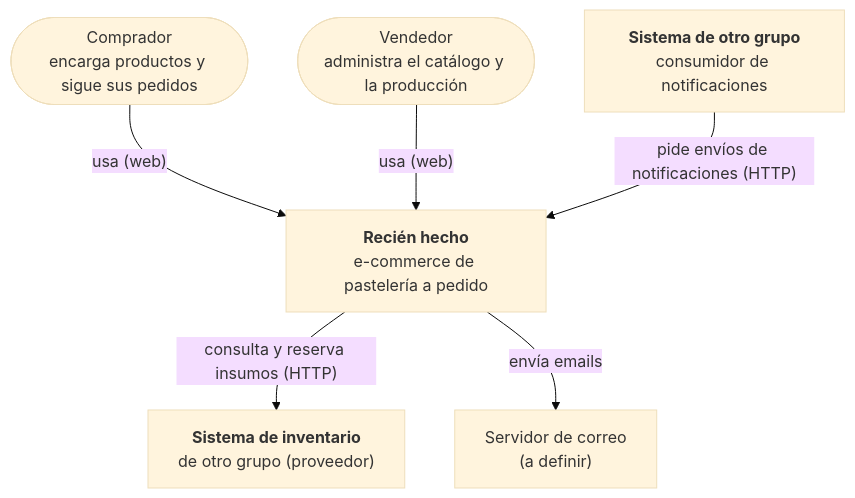
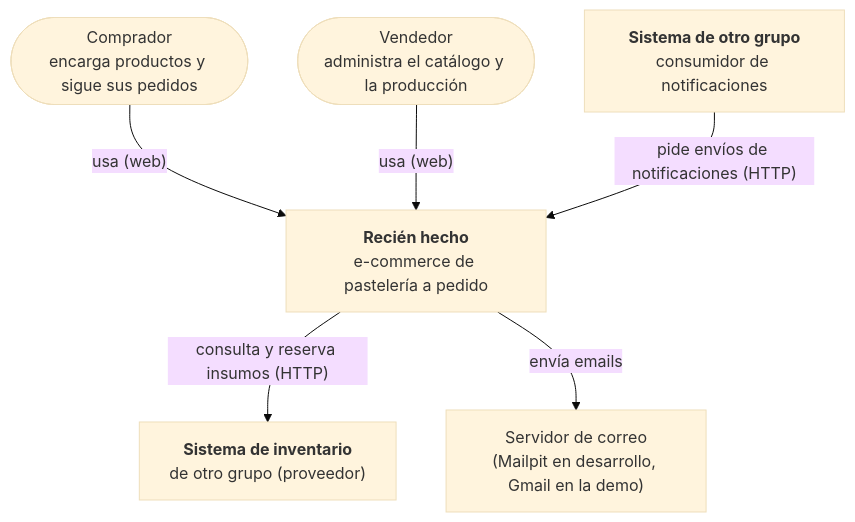
The first of 3 diagrams in docs/ARCHITECTURE.md (mariavlindonc/recienhechoapp), drawn with Mermaid (base theme) before and after one commit. The commit also changed other lines of this file and 1 other file, not shown here.

First line of the commit message:
docs(arquitectura): actualiza SPEC y ARCHITECTURE al estado de la Entrega 2

````diff
--- a/docs/ARCHITECTURE.md
+++ b/docs/ARCHITECTURE.md
@@ -13,15 +13,15 @@
 ```mermaid
 flowchart TB
     comprador(["Comprador<br/>encarga productos y sigue sus pedidos"])
     vendedor(["Vendedor<br/>administra el catálogo y la producción"])
     sistema["<b>Recién hecho</b><br/>e-commerce de pastelería a pedido"]
     consumidor["<b>Sistema de otro grupo</b><br/>consumidor de notificaciones"]
     inventario["<b>Sistema de inventario</b><br/>de otro grupo (proveedor)"]
-    correo["Servidor de correo<br/>(a definir)"]
+    correo["Servidor de correo<br/>(Mailpit en desarrollo, Gmail en la demo)"]
 
     comprador -- "usa (web)" --> sistema
     vendedor -- "usa (web)" --> sistema
     consumidor -- "pide envíos de notificaciones (HTTP)" --> sistema
     sistema -- "consulta y reserva insumos (HTTP)" --> inventario
     sistema -- "envía emails" --> correo
 ```
````
